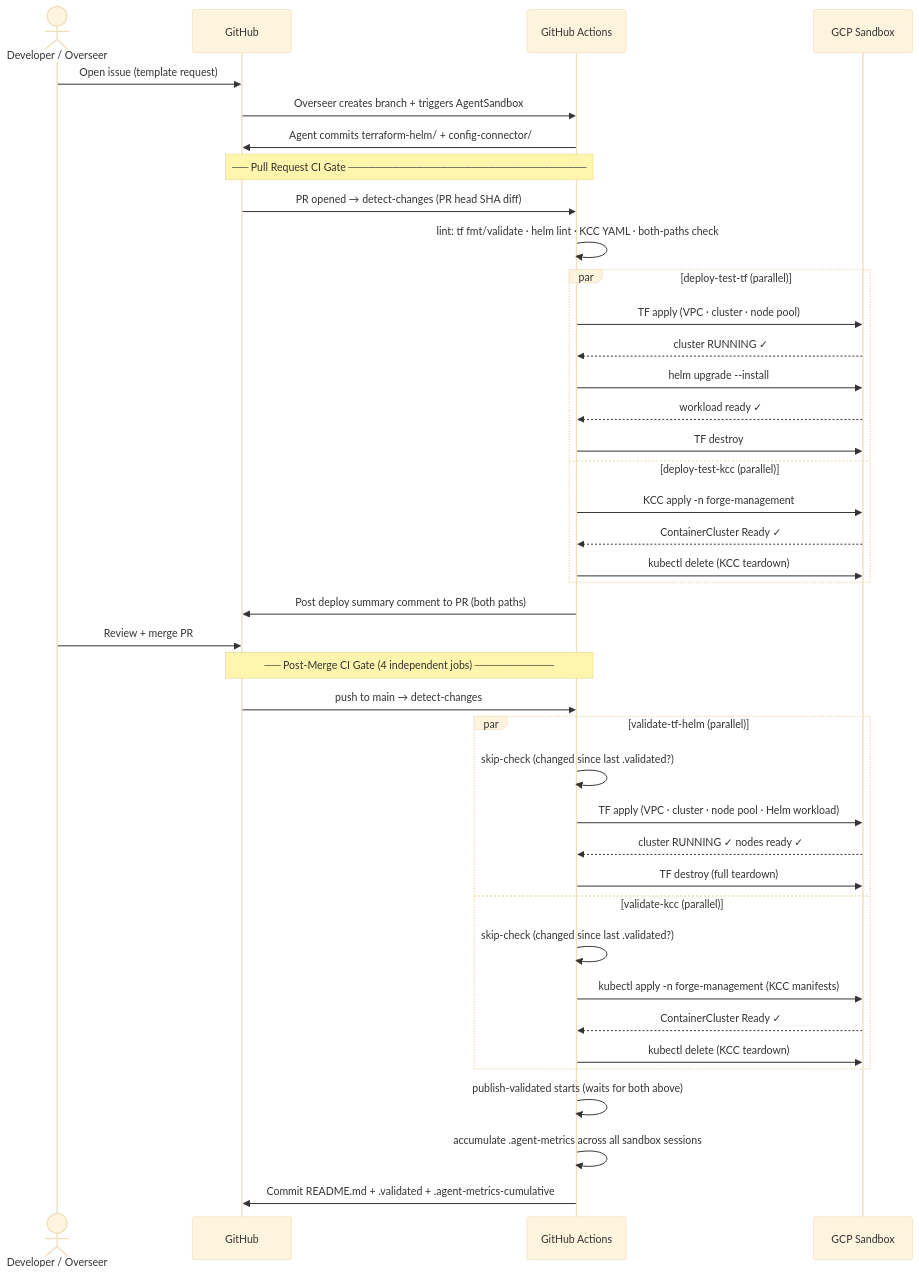
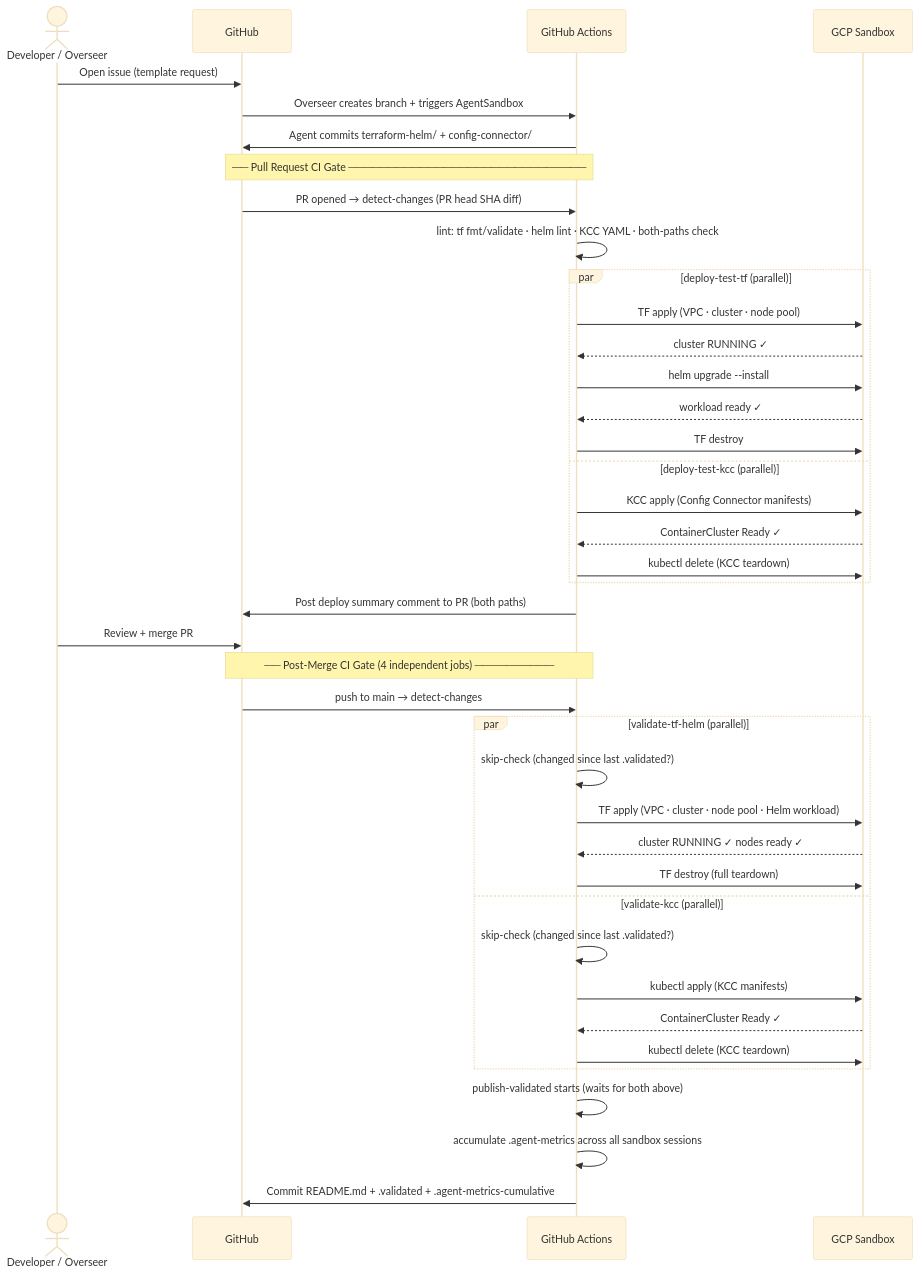
Before and after one commit to fkc1e100/gcp-template-forge: the third of 3 diagrams in README.md, drawn with Mermaid (base theme). The commit also changed other lines of this file, not shown here.

````diff
--- a/README.md
+++ b/README.md
@@ -107,45 +107,45 @@
 ```mermaid
 sequenceDiagram
     actor Dev as Developer / Overseer
     participant GH as GitHub
     participant CI as GitHub Actions
     participant GCP as GCP Sandbox
 
     Dev->>GH: Open issue (template request)
     GH->>CI: Overseer creates branch + triggers AgentSandbox
     CI->>GH: Agent commits terraform-helm/ + config-connector/
 
     Note over GH,CI: ── Pull Request CI Gate ──────────────────────────────
     GH->>CI: PR opened → detect-changes (PR head SHA diff)
     CI->>CI: lint: tf fmt/validate · helm lint · KCC YAML · both-paths check
     par deploy-test-tf (parallel)
         CI->>GCP: TF apply (VPC · cluster · node pool)
         GCP-->>CI: cluster RUNNING ✓
         CI->>GCP: helm upgrade --install
         GCP-->>CI: workload ready ✓
         CI->>GCP: TF destroy
     and deploy-test-kcc (parallel)
-        CI->>GCP: KCC apply -n forge-management
+        CI->>GCP: KCC apply (Config Connector manifests)
         GCP-->>CI: ContainerCluster Ready ✓
         CI->>GCP: kubectl delete (KCC teardown)
     end
     CI->>GH: Post deploy summary comment to PR (both paths)
     Dev->>GH: Review + merge PR
 
     Note over GH,CI: ── Post-Merge CI Gate (4 independent jobs) ──────────
     GH->>CI: push to main → detect-changes
     par validate-tf-helm (parallel)
         CI->>CI: skip-check (changed since last .validated?)
         CI->>GCP: TF apply (VPC · cluster · node pool · Helm workload)
         GCP-->>CI: cluster RUNNING ✓  nodes ready ✓
         CI->>GCP: TF destroy (full teardown)
     and validate-kcc (parallel)
         CI->>CI: skip-check (changed since last .validated?)
-        CI->>GCP: kubectl apply -n forge-management (KCC manifests)
+        CI->>GCP: kubectl apply (KCC manifests)
         GCP-->>CI: ContainerCluster Ready ✓
         CI->>GCP: kubectl delete (KCC teardown)
     end
     CI->>CI: publish-validated starts (waits for both above)
     CI->>CI: accumulate .agent-metrics across all sandbox sessions
     CI->>GH: Commit README.md + .validated + .agent-metrics-cumulative
 ```
````
